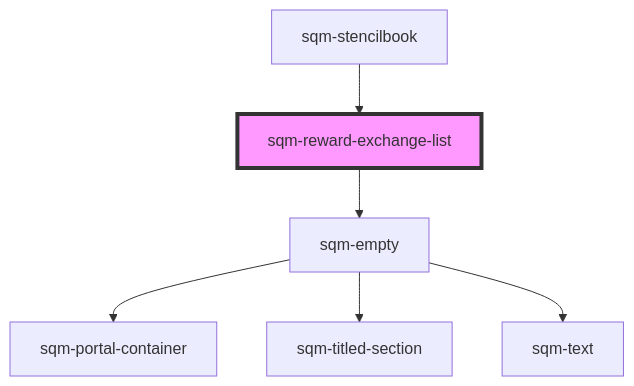
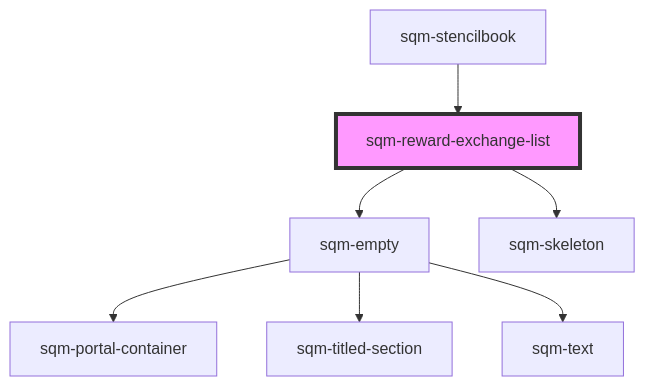
The diagram in packages/mint-components/src/components/sqm-reward-exchange-list/readme.md (saasquatch/program-tools), drawn with Mermaid before and after one commit. The commit also changed other lines of this file and 15 other files, not shown here.

````diff
--- a/packages/mint-components/src/components/sqm-reward-exchange-list/readme.md
+++ b/packages/mint-components/src/components/sqm-reward-exchange-list/readme.md
@@ -52,9 +53,10 @@
 ```mermaid
 graph TD;
   sqm-reward-exchange-list --> sqm-empty
+  sqm-reward-exchange-list --> sqm-skeleton
   sqm-empty --> sqm-portal-container
   sqm-empty --> sqm-titled-section
   sqm-empty --> sqm-text
   sqm-stencilbook --> sqm-reward-exchange-list
   style sqm-reward-exchange-list fill:#f9f,stroke:#333,stroke-width:4px
 ```
````
